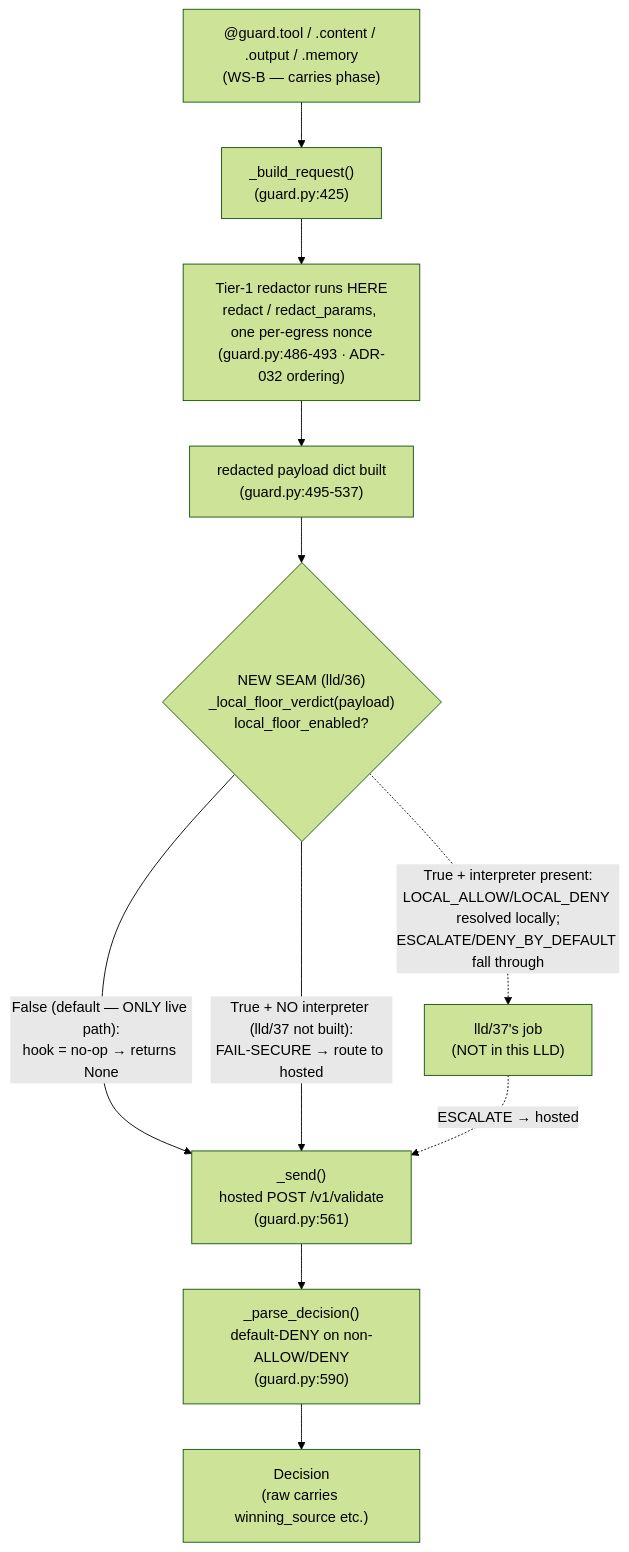
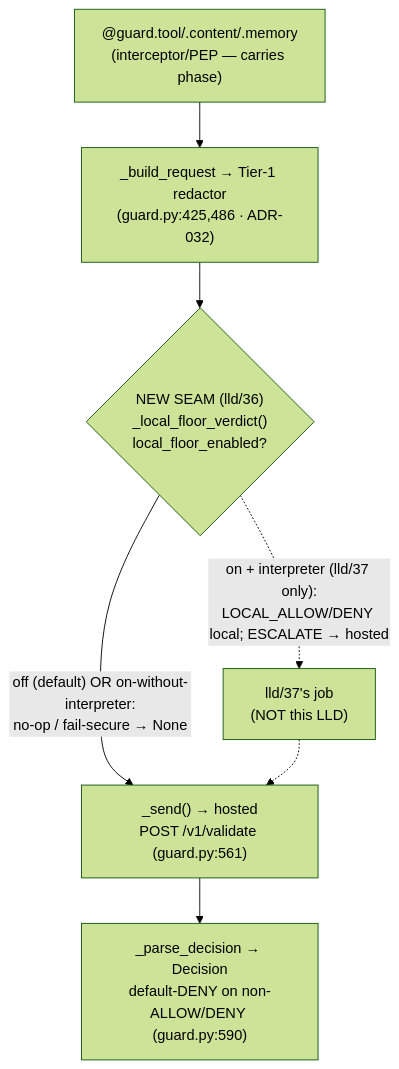
One commit to shashank31mar/Sentra changed the first of 2 diagrams in lld/36-sdk-release-and-local-floor-seam.md. Above: the diagram before and after it, drawn with Mermaid (forest theme). The commit also changed other lines of this file and 1 other file, not shown here.

First line of the commit message:
lld/36: apply founder PDF comments (5) — why-now/interpreter-vs-interceptor callout, acme-* fleet re-vendor, empty-page fix

````diff
--- a/lld/36-sdk-release-and-local-floor-seam.md
+++ b/lld/36-sdk-release-and-local-floor-seam.md
@@ -103,13 +118,9 @@
 ```mermaid
 flowchart TD
-  DEC["@guard.tool / .content / .output / .memory<br/>(WS-B — carries phase)"] --> BR["_build_request()<br/>(guard.py:425)"]
-  BR --> RED["Tier-1 redactor runs HERE<br/>redact / redact_params, one per-egress nonce<br/>(guard.py:486-493 · ADR-032 ordering)"]
-  RED --> PAY["redacted payload dict built<br/>(guard.py:495-537)"]
-  PAY --> SEAM{"NEW SEAM (lld/36)<br/>_local_floor_verdict(payload)<br/>local_floor_enabled?"}
-  SEAM -->|"False (default — ONLY live path):<br/>hook = no-op → returns None"| SEND["_send()<br/>hosted POST /v1/validate<br/>(guard.py:561)"]
-  SEAM -->|"True + NO interpreter (lld/37 not built):<br/>FAIL-SECURE → route to hosted"| SEND
-  SEAM -.->|"True + interpreter present:<br/>LOCAL_ALLOW/LOCAL_DENY resolved locally;<br/>ESCALATE/DENY_BY_DEFAULT fall through"| L37["lld/37's job<br/>(NOT in this LLD)"]
-  L37 -.->|"ESCALATE → hosted"| SEND
-  SEND --> PARSE["_parse_decision()<br/>default-DENY on non-ALLOW/DENY<br/>(guard.py:590)"]
-  PARSE --> D["Decision<br/>(raw carries winning_source etc.)"]
+  DEC["@guard.tool/.content/.memory<br/>(interceptor/PEP — carries phase)"] --> RED["_build_request → Tier-1 redactor<br/>(guard.py:425,486 · ADR-032)"]
+  RED --> SEAM{"NEW SEAM (lld/36)<br/>_local_floor_verdict()<br/>local_floor_enabled?"}
+  SEAM -->|"off (default) OR on-without-interpreter:<br/>no-op / fail-secure → None"| SEND["_send() → hosted<br/>POST /v1/validate (guard.py:561)"]
+  SEAM -.->|"on + interpreter (lld/37 only):<br/>LOCAL_ALLOW/DENY local; ESCALATE → hosted"| L37["lld/37's job<br/>(NOT this LLD)"]
+  L37 -.-> SEND
+  SEND --> D["_parse_decision → Decision<br/>default-DENY on non-ALLOW/DENY (guard.py:590)"]
 ```
````
